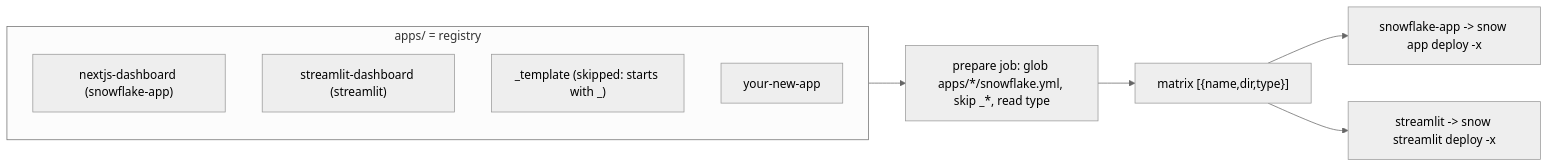
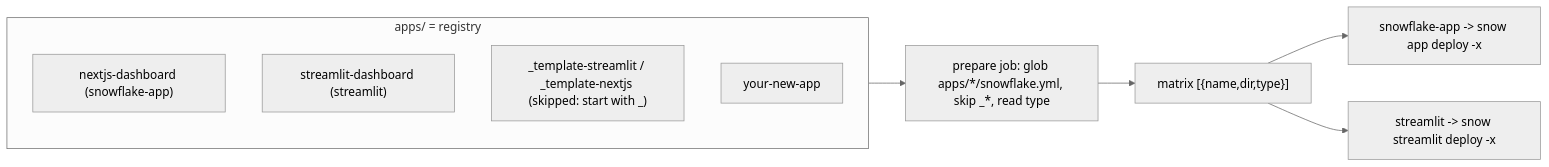
The third of 4 diagrams in docs/ARCHITECTURE.md (Jeremy-Demlow/Snowflake-App-Runtime-Example), drawn with Mermaid (neutral theme) before and after one commit. The commit also changed other lines of this file and 11 other files, not shown here.

````diff
--- a/docs/ARCHITECTURE.md
+++ b/docs/ARCHITECTURE.md
@@ -75,13 +75,13 @@
 ```mermaid
 flowchart LR
   subgraph registry [apps/ = registry]
     a1["nextjs-dashboard (snowflake-app)"]
     a2["streamlit-dashboard (streamlit)"]
-    a3["_template (skipped: starts with _)"]
+    a3["_template-streamlit / _template-nextjs (skipped: start with _)"]
     a4["your-new-app"]
   end
   registry --> scan["prepare job: glob apps/*/snowflake.yml, skip _*, read type"]
   scan --> matrix["matrix [{name,dir,type}]"]
   matrix --> r1["snowflake-app -> snow app deploy -x"]
   matrix --> r2["streamlit -> snow streamlit deploy -x"]
 ```
````
